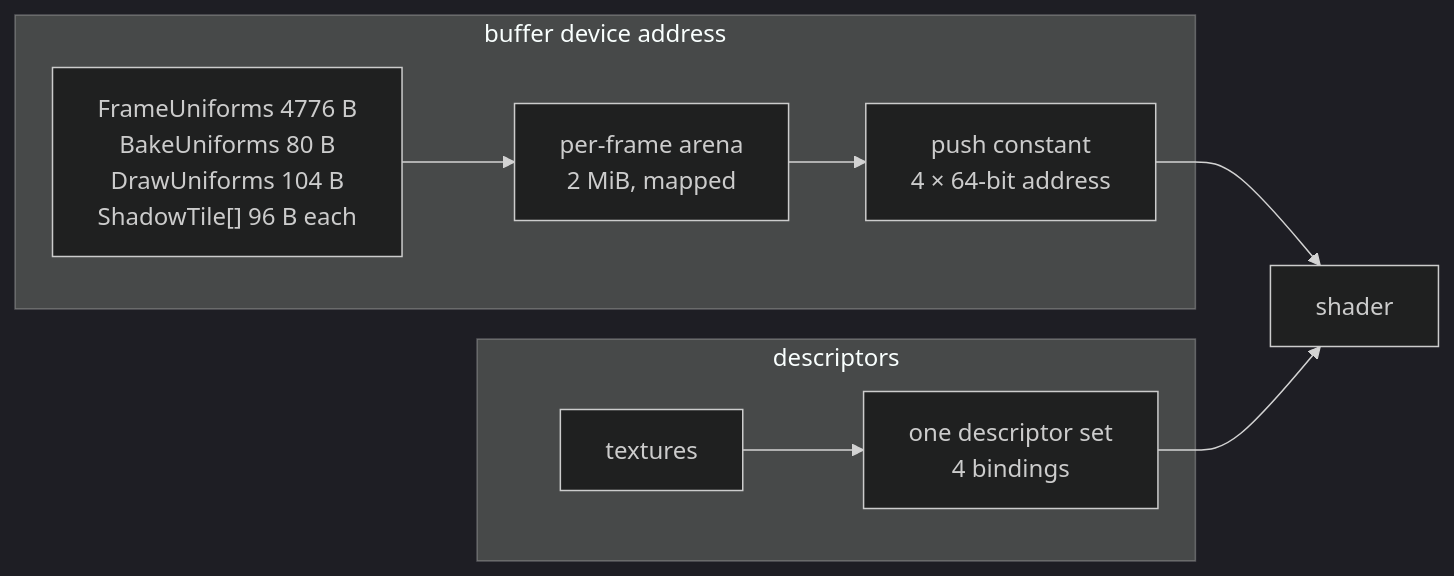
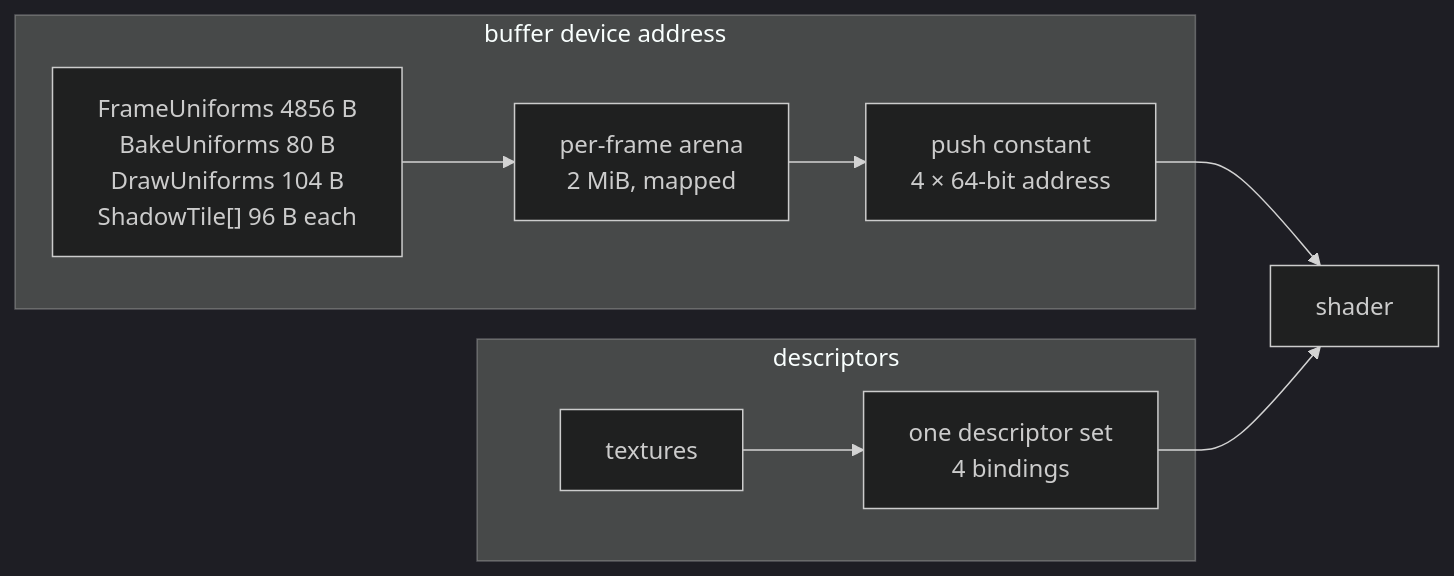
Before and after one commit to Zephyr75/overdrive: the diagram in notes/RENDERER.md, drawn with Mermaid (dark theme). The commit also changed other lines of this file and 26 other files, not shown here.

````diff
--- a/notes/RENDERER.md
+++ b/notes/RENDERER.md
@@ -53,12 +53,12 @@
 ```mermaid
 graph LR
     subgraph BDA["buffer device address"]
-        U["FrameUniforms 4776 B<br/>BakeUniforms 80 B<br/>DrawUniforms 104 B<br/>ShadowTile[] 96 B each"] --> RG["per-frame arena<br/>2 MiB, mapped"]
+        U["FrameUniforms 4856 B<br/>BakeUniforms 80 B<br/>DrawUniforms 104 B<br/>ShadowTile[] 96 B each"] --> RG["per-frame arena<br/>2 MiB, mapped"]
         RG --> PC["push constant<br/>4 × 64-bit address"]
     end
     subgraph DESC["descriptors"]
         T["textures"] --> DS["one descriptor set<br/>4 bindings"]
     end
     PC --> SH["shader"]
     DS --> SH
 ```
````
